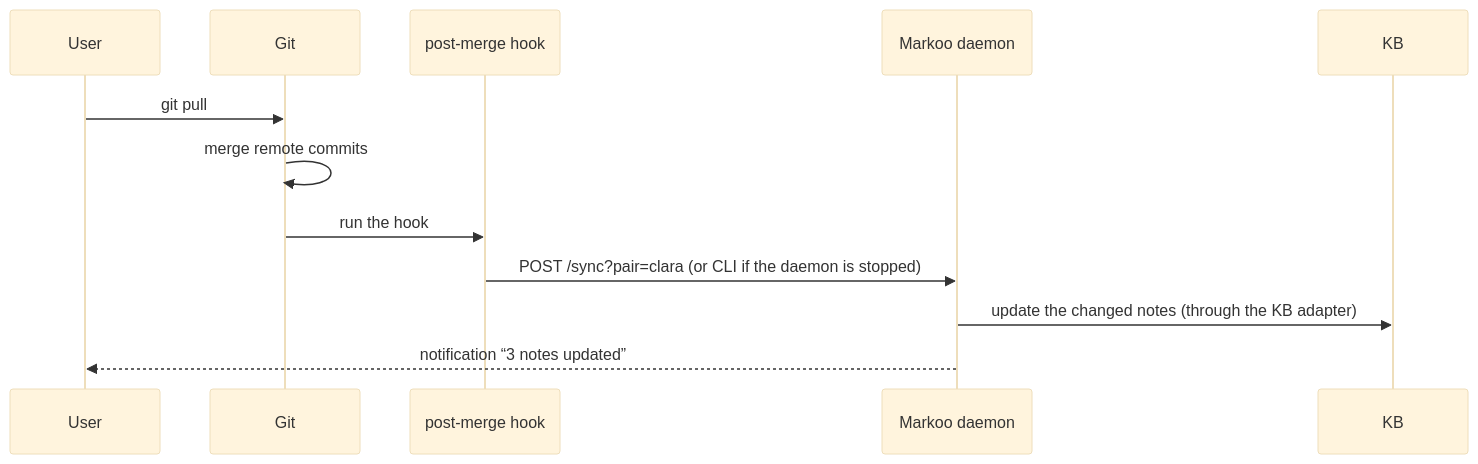
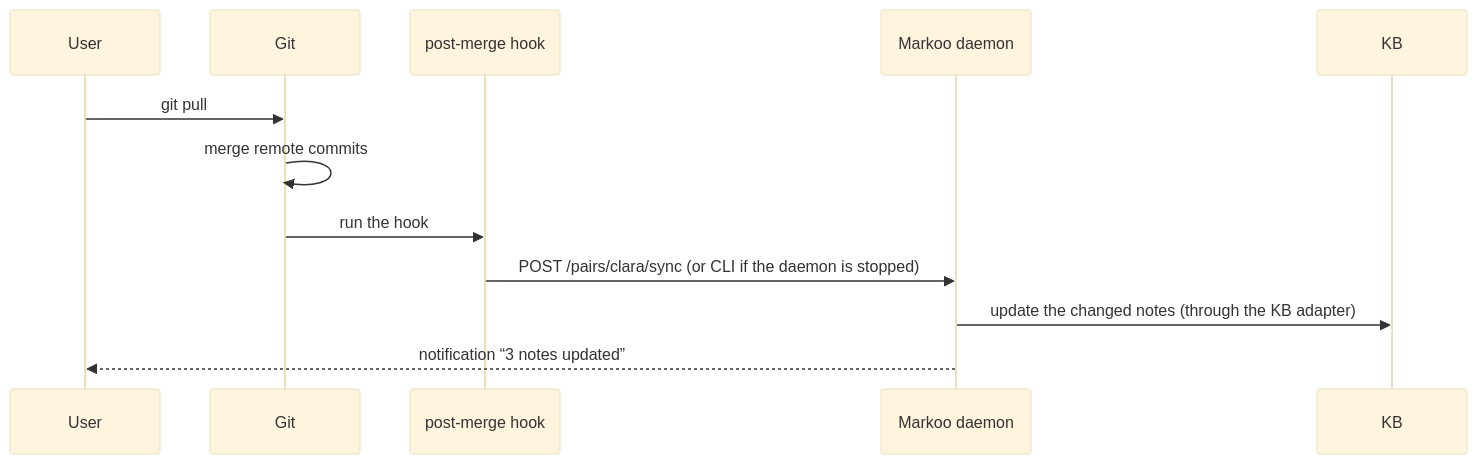
One commit to studoo-app/markoo changed the second of 3 diagrams in documentation/en/05-triggers.md. Above: the diagram before and after it, drawn with Mermaid (base theme). The commit also changed other lines of this file and 19 other files, not shown here.

````diff
--- a/documentation/en/05-triggers.md
+++ b/documentation/en/05-triggers.md
@@ -52,15 +52,15 @@
 ```mermaid
 sequenceDiagram
     participant U as User
     participant G as Git
     participant H as post-merge hook
     participant D as Markoo daemon
     participant V as KB
 
     U->>G: git pull
     G->>G: merge remote commits
     G->>H: run the hook
-    H->>D: POST /sync?pair=clara (or CLI if the daemon is stopped)
+    H->>D: POST /pairs/clara/sync (or CLI if the daemon is stopped)
     D->>V: update the changed notes (through the KB adapter)
     D-->>U: notification “3 notes updated”
 ```
````
